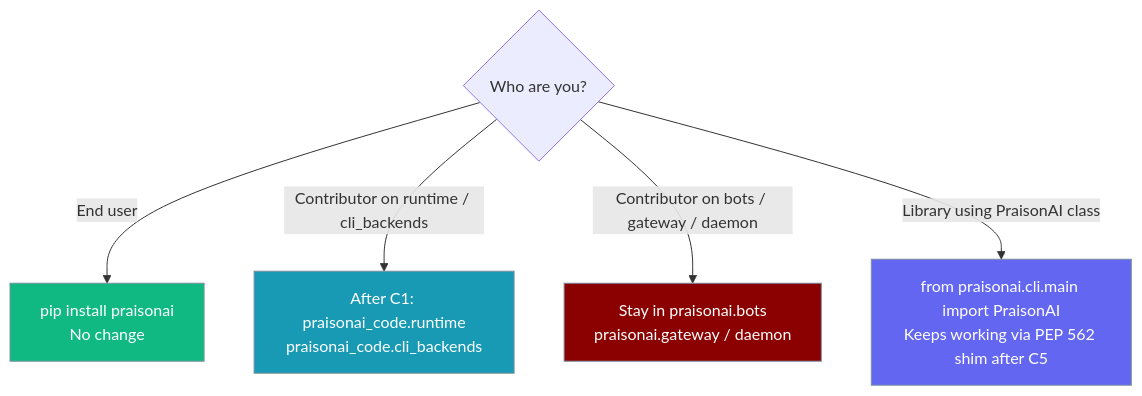
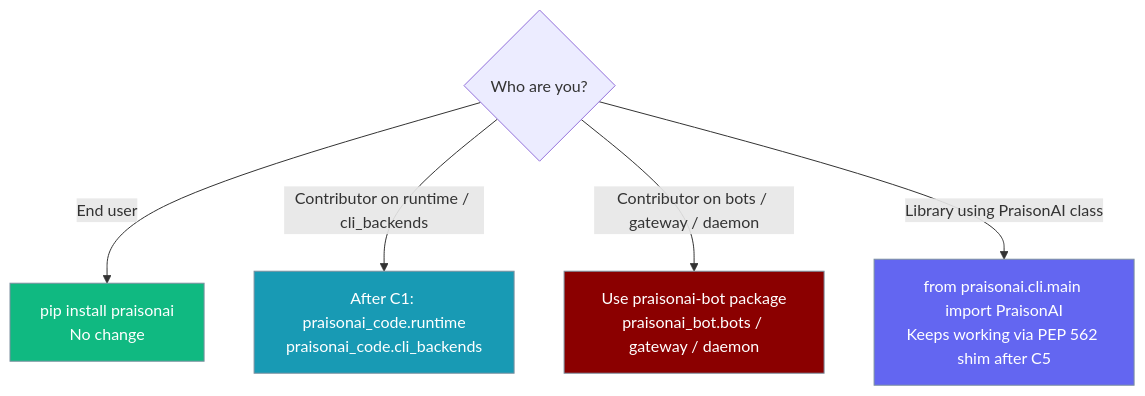
Before and after one commit to MervinPraison/PraisonAIDocs: the third of 3 diagrams in docs/guides/praisonai-code-migration.mdx, drawn with Mermaid. The commit also changed other lines of this file, not shown here.

First line of the commit message:
docs: fix outdated C9 references in praisonai-code-migration guide

````diff
--- a/docs/guides/praisonai-code-migration.mdx
+++ b/docs/guides/praisonai-code-migration.mdx
@@ -94,18 +94,18 @@
 ```mermaid
 graph TB
     Start{Who are you?}
     Start -->|End user| User[pip install praisonai<br/>No change]
     Start -->|Contributor on runtime / cli_backends| C1[After C1: praisonai_code.runtime<br/>praisonai_code.cli_backends]
-    Start -->|Contributor on bots / gateway / daemon| Main[Stay in praisonai.bots<br/>praisonai.gateway / daemon]
+    Start -->|Contributor on bots / gateway / daemon| Main[Use praisonai-bot package<br/>praisonai_bot.bots / gateway / daemon]
     Start -->|Library using PraisonAI class| Shim[from praisonai.cli.main import PraisonAI<br/>Keeps working via PEP 562 shim after C5]
 
     classDef agent fill:#8B0000,stroke:#7C90A0,color:#fff
     classDef tool fill:#189AB4,stroke:#7C90A0,color:#fff
     classDef config fill:#6366F1,stroke:#7C90A0,color:#fff
     classDef success fill:#10B981,stroke:#7C90A0,color:#fff
 
     class User success
     class C1 tool
     class Main agent
     class Shim config
 ```
````
